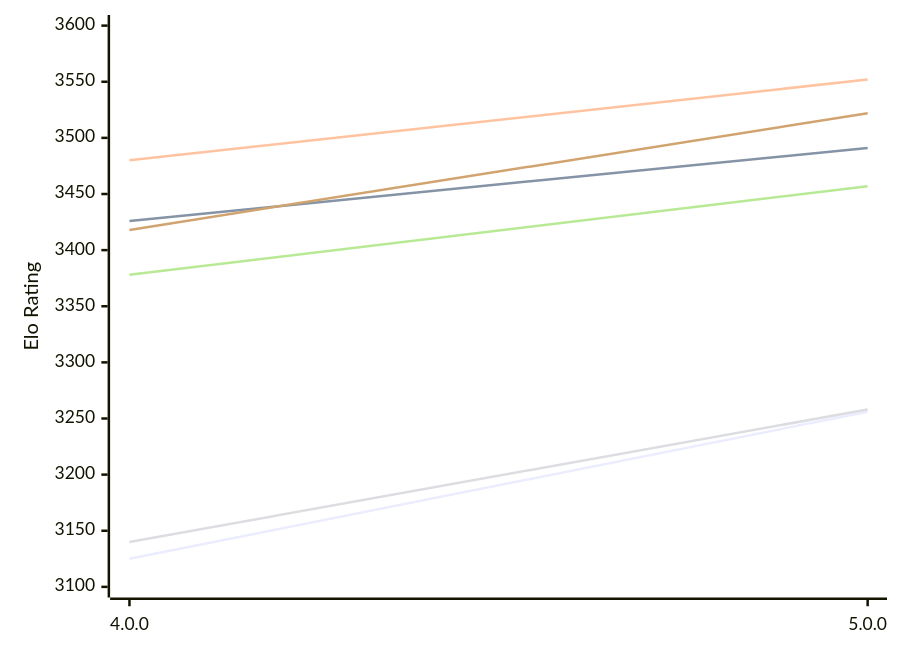
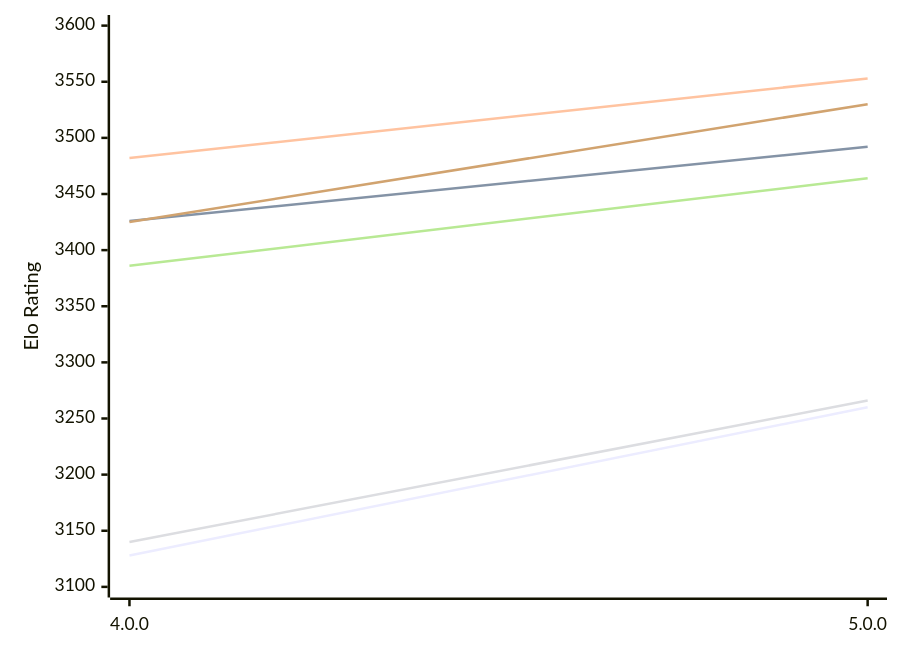
One commit to computer-chess-index/cci changed the first of 2 diagrams in engines/Avalanche.md. Above: the diagram before and after it, drawn with Mermaid. The commit also changed other lines of this file, not shown here.

Commit message:
Update CCI Ratings (ELO VLTC) - 2026-11-25

````diff
--- a/engines/Avalanche.md
+++ b/engines/Avalanche.md
@@ -50,12 +50,12 @@
 ```mermaid
 %%{init: {"theme":"base","themeVariables":{"seriesColors:['#a3a3a3','#222221','#faa371']}}}%%
 xychart-beta
   x-axis ["4.0.0", "5.0.0"]
   y-axis "Elo Rating" 3100 --> 3600
-  line "E1: STC (8.0+0.08s)" [3125, 3256]
-  line "E1: LTC (60.0+0.60s)" [3426, 3491]
-  line "E1: VLTC (2m24s+1.12s)" [3480, 3552]
-  line "P1: STC (8.0+0.08s)" [3140, 3258]
-  line "P1: LTC (60.0+0.60s)" [3378, 3457]
-  line "P1: VLTC (2m24s+1.12s)" [3418, 3522]
+  line "E1: STC (8.0+0.08s)" [3128, 3260]
+  line "E1: LTC (60.0+0.60s)" [3426, 3492]
+  line "E1: VLTC (2m24s+1.12s)" [3482, 3553]
+  line "P1: STC (8.0+0.08s)" [3140, 3266]
+  line "P1: LTC (60.0+0.60s)" [3386, 3464]
+  line "P1: VLTC (2m24s+1.12s)" [3425, 3530]
 ```
````
